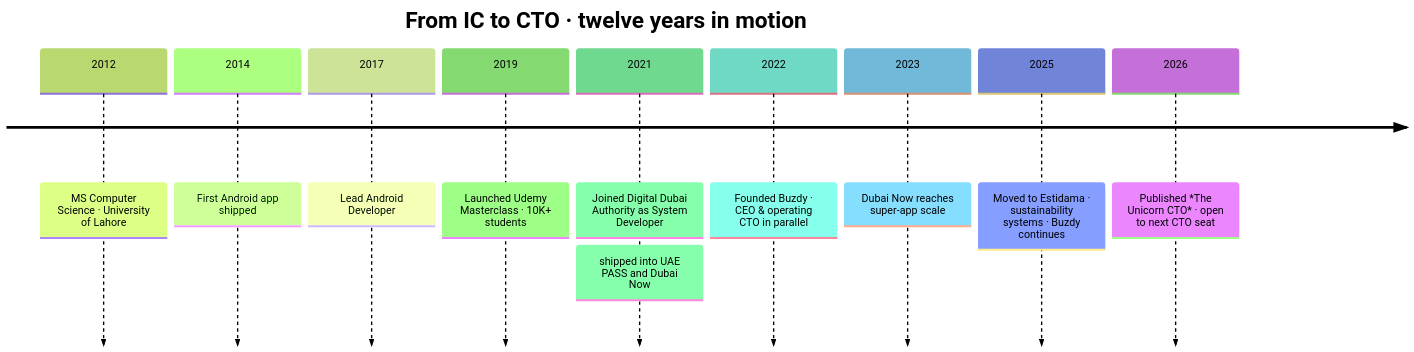
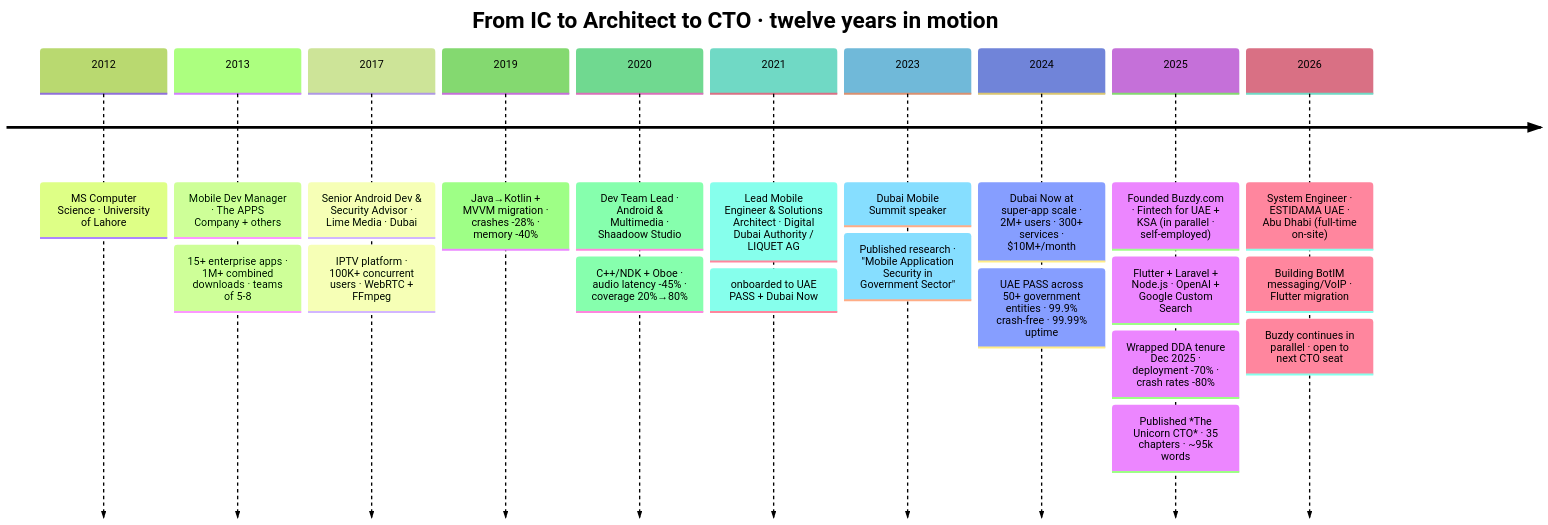
One commit to ziacto/ziacto changed the diagram in README.md. Above: the diagram before and after it, drawn with Mermaid (forest theme). The commit also changed other lines of this file, not shown here.

````diff
--- a/README.md
+++ b/README.md
@@ -285,14 +342,25 @@
 ```mermaid
 timeline
-  title From IC to CTO · twelve years in motion
+  title From IC to Architect to CTO · twelve years in motion
   2012 : MS Computer Science · University of Lahore
-  2014 : First Android app shipped
-  2017 : Lead Android Developer
-  2019 : Launched Udemy Masterclass · 10K+ students
-  2021 : Joined Digital Dubai Authority as System Developer
-       : shipped into UAE PASS and Dubai Now
-  2022 : Founded Buzdy · CEO & operating CTO in parallel
-  2023 : Dubai Now reaches super-app scale
-  2025 : Moved to Estidama · sustainability systems · Buzdy continues
-  2026 : Published *The Unicorn CTO* · open to next CTO seat
+  2013 : Mobile Dev Manager · The APPS Company + others
+       : 15+ enterprise apps · 1M+ combined downloads · teams of 5-8
+  2017 : Senior Android Dev & Security Advisor · Lime Media · Dubai
+       : IPTV platform · 100K+ concurrent users · WebRTC + FFmpeg
+  2019 : Java→Kotlin + MVVM migration · crashes -28% · memory -40%
+  2020 : Dev Team Lead · Android & Multimedia · Shaadoow Studio
+       : C++/NDK + Oboe · audio latency -45% · coverage 20%→80%
+  2021 : Lead Mobile Engineer & Solutions Architect · Digital Dubai Authority / LIQUET AG
+       : onboarded to UAE PASS + Dubai Now
+  2023 : Dubai Mobile Summit speaker
+       : Published research · "Mobile Application Security in Government Sector"
+  2024 : Dubai Now at super-app scale · 2M+ users · 300+ services · $10M+/month
+       : UAE PASS across 50+ government entities · 99.9% crash-free · 99.99% uptime
+  2025 : Founded Buzdy.com · Fintech for UAE + KSA (in parallel · self-employed)
+       : Flutter + Laravel + Node.js · OpenAI + Google Custom Search
+       : Wrapped DDA tenure Dec 2025 · deployment -70% · crash rates -80%
+       : Published *The Unicorn CTO* · 35 chapters · ~95k words
+  2026 : System Engineer · ESTIDAMA UAE · Abu Dhabi (full-time on-site)
+       : Building BotIM messaging/VoIP · Flutter migration
+       : Buzdy continues in parallel · open to next CTO seat
 ```
````
